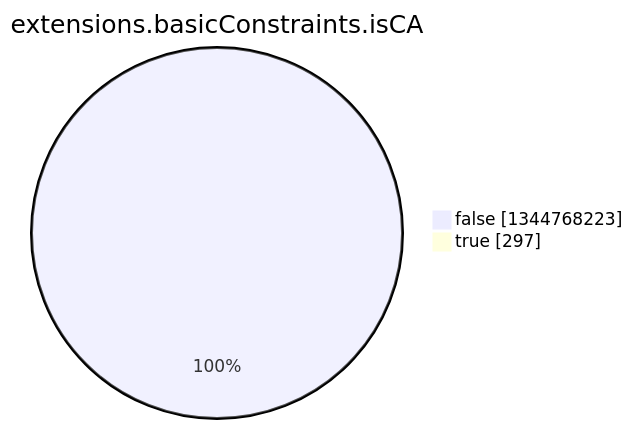
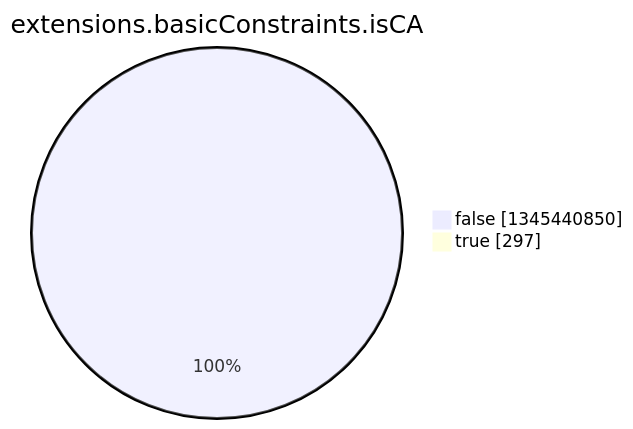
Before and after one commit to christiankrug/ctmonitor_visualization: the eighth of 15 diagrams in argon2022/README.md, drawn with Mermaid. The commit also changed other lines of this file, not shown here.

````diff
--- a/argon2022/README.md
+++ b/argon2022/README.md
@@ -2758,6 +2758,6 @@
 ```mermaid
 pie showData
 title extensions.basicConstraints.isCA
-"false" :1344768223
+"false" :1345440850
 "true" :297
 ```
````
